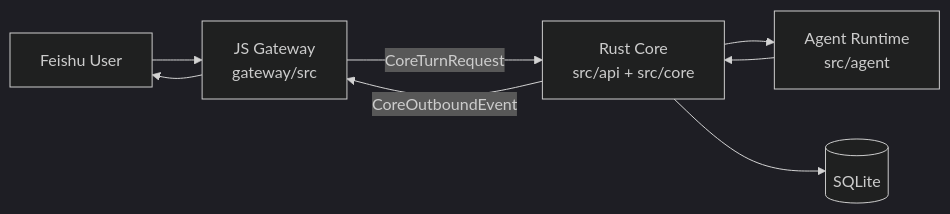
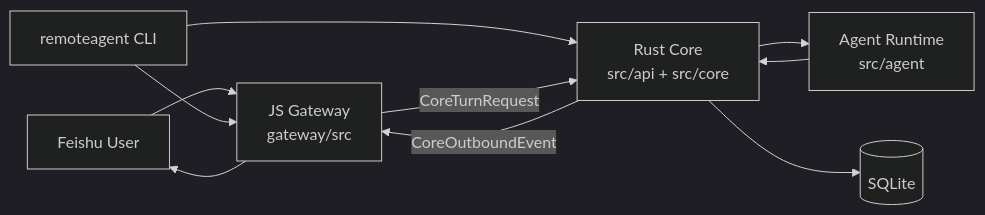
One commit to lihy11/OtterLink changed the diagram in docs/architecture.md. Above: the diagram before and after it, drawn with Mermaid (dark theme). The commit also changed other lines of this file and 19 other files, not shown here.

````diff
--- a/docs/architecture.md
+++ b/docs/architecture.md
@@ -42,16 +52,19 @@
 ```mermaid
 flowchart LR
     User[Feishu User]
+    CLI[remoteagent CLI]
     Gateway[JS Gateway\ngateway/src]
     Core[Rust Core\nsrc/api + src/core]
     Runtime[Agent Runtime\nsrc/agent]
     DB[(SQLite)]
 
     User --> Gateway
+    CLI --> Gateway
+    CLI --> Core
     Gateway -->|CoreTurnRequest| Core
     Core --> Runtime
     Core --> DB
     Runtime --> Core
     Core -->|CoreOutboundEvent| Gateway
     Gateway --> User
 ```
````
